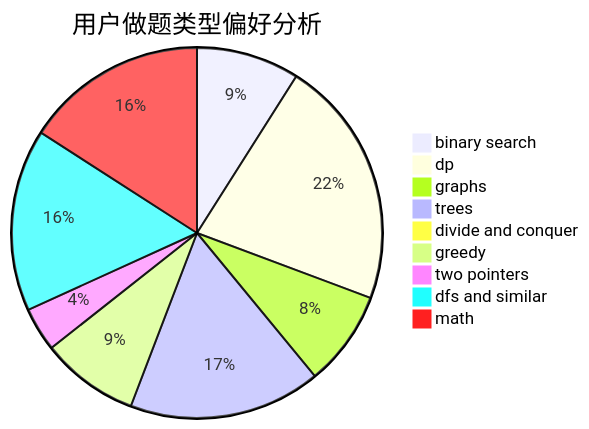
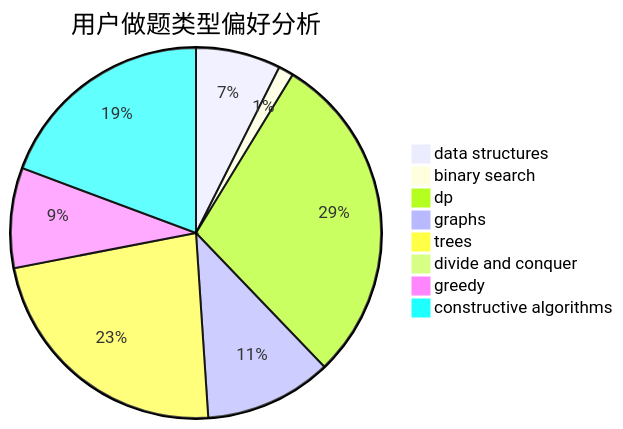
Before and after one commit to sherpahu/cfrs.github.io: the second of 3 diagrams in docs/user/u1837.md, drawn with Mermaid. The commit also changed other lines of this file and 2775 other files, not shown here.

````diff
--- a/docs/user/u1837.md
+++ b/docs/user/u1837.md
@@ -23,12 +23,11 @@
 ```mermaid
 pie title 用户做题类型偏好分析
-    "binary search" :  82
-    "dp" :  198
-    "graphs" :  76
-    "trees" :  153
+    "data structures" :  28
+    "binary search" :  5
+    "dp" :  110
+    "graphs" :  42
+    "trees" :  87
     "divide and conquer" :  0
-    "greedy" :  78
-    "two pointers" :  35
-    "dfs and similar" :  145
-    "math" :  145
+    "greedy" :  33
+    "constructive algorithms" :  73
 ```
````
